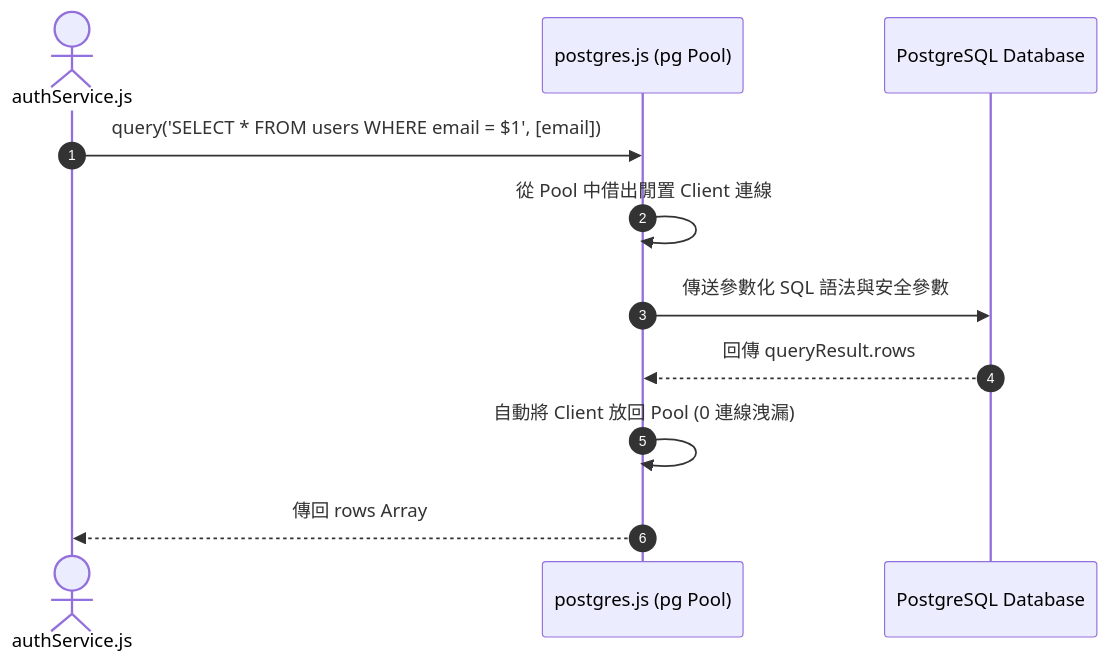
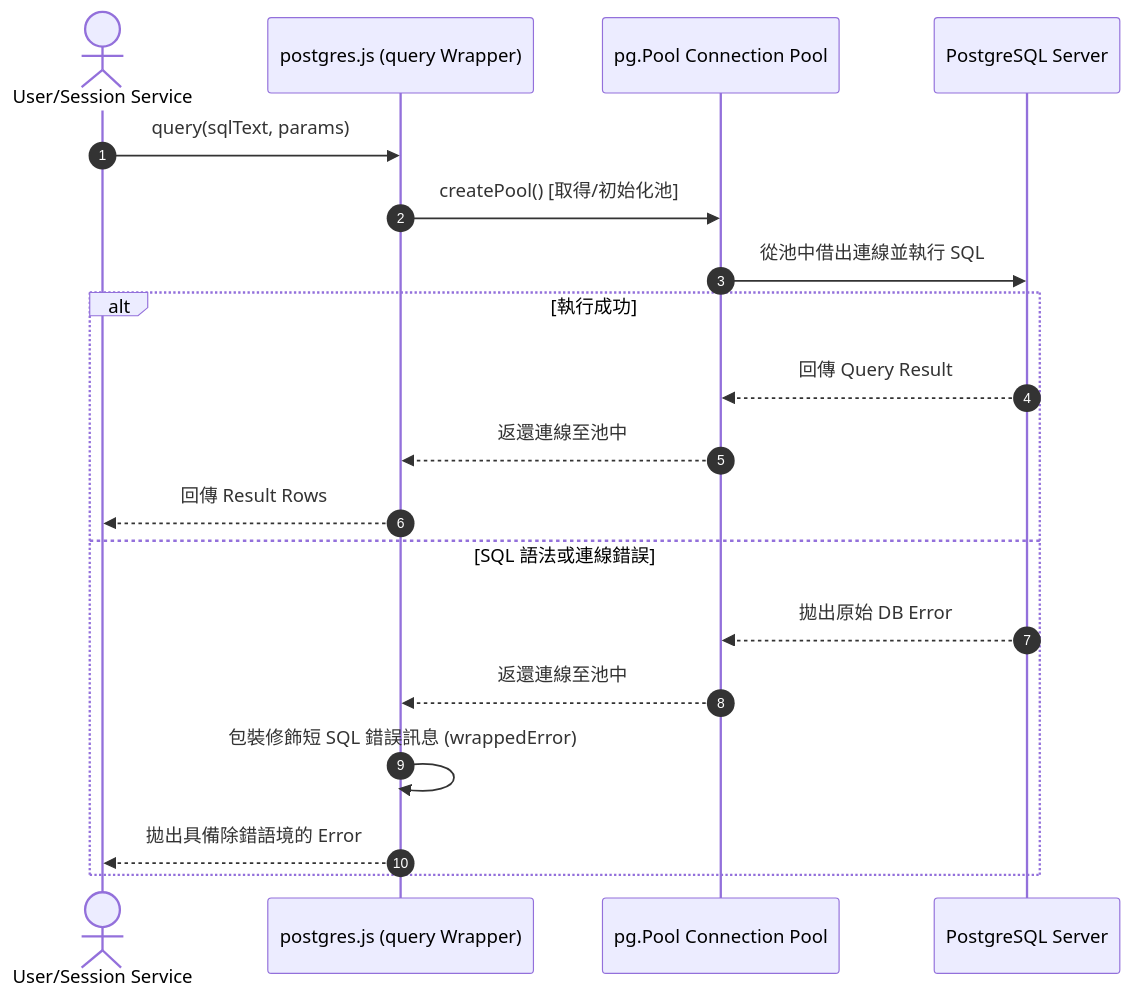
One commit to Alanho2025/Kiwi-AI-interview-Agent changed the diagram in docs/architecture-decision-records/features/F-45-postgres-prisma-type-safe-orm.md. Above: the diagram before and after it, drawn with Mermaid. The commit also changed other lines of this file and 74 other files, not shown here.

````diff
--- a/docs/architecture-decision-records/features/F-45-postgres-prisma-type-safe-orm.md
+++ b/docs/architecture-decision-records/features/F-45-postgres-prisma-type-safe-orm.md
@@ -48,14 +42,23 @@
 ```mermaid
 sequenceDiagram
     autonumber
-    actor Service as authService.js
-    participant Pool as postgres.js (pg Pool)
-    participant DB as PostgreSQL Database
+    actor Service as User/Session Service
+    participant PG as postgres.js (query Wrapper)
+    participant Pool as pg.Pool Connection Pool
+    participant DB as PostgreSQL Server
 
-    Service->>Pool: query('SELECT * FROM users WHERE email = $1', [email])
-    Pool->>Pool: 從 Pool 中借出閒置 Client 連線
-    Pool->>DB: 傳送參數化 SQL 語法與安全參數
-    DB-->>Pool: 回傳 queryResult.rows
-    Pool->>Pool: 自動將 Client 放回 Pool (0 連線洩漏)
-    Pool-->>Service: 傳回 rows Array
+    Service->>PG: query(sqlText, params)
+    PG->>Pool: createPool() [取得/初始化池]
+    Pool->>DB: 從池中借出連線並執行 SQL
+    
+    alt 執行成功
+        DB-->>Pool: 回傳 Query Result
+        Pool-->>PG: 返還連線至池中
+        PG-->>Service: 回傳 Result Rows
+    else SQL 語法或連線錯誤
+        DB-->>Pool: 拋出原始 DB Error
+        Pool-->>PG: 返還連線至池中
+        PG->>PG: 包裝修飾短 SQL 錯誤訊息 (wrappedError)
+        PG-->>Service: 拋出具備除錯語境的 Error
+    end
 ```
````
